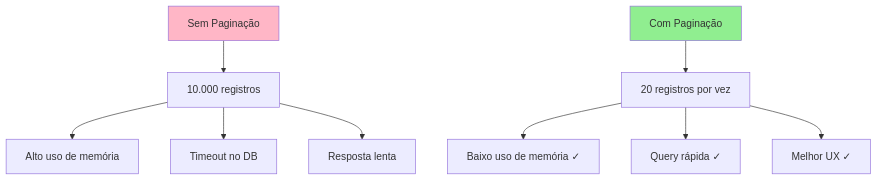
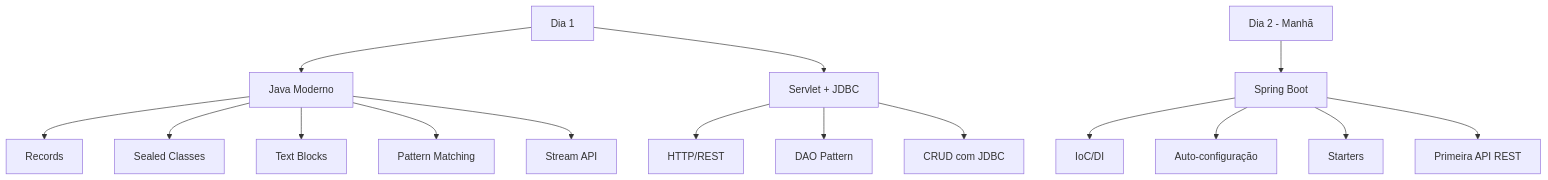
One commit to deusemarjunior/trein-java-intermed changed the first of 2 diagrams in dia-02/slide-09.md. Above: the diagram before and after it, drawn with Mermaid. The commit also changed other lines of this file and 89 other files, not shown here.

````diff
--- a/dia-02/slide-09.md
+++ b/dia-02/slide-09.md
@@ -9,15 +11,19 @@
 ```mermaid
-flowchart TD
-    A[Sem Paginação] --> B[10.000 registros]
-    B --> C[Alto uso de memória]
-    B --> D[Timeout no DB]
-    B --> E[Resposta lenta]
+graph TD
+    A[Dia 1] --> B[Java Moderno]
+    A --> C[Servlet + JDBC]
+    B --> D[Records]
+    B --> E[Sealed Classes]
+    B --> F[Text Blocks]
+    B --> G[Pattern Matching]
+    B --> H[Stream API]
+    C --> I[HTTP/REST]
+    C --> J[DAO Pattern]
+    C --> K[CRUD com JDBC]
     
-    F[Com Paginação] --> G[20 registros por vez]
-    G --> H["Baixo uso de memória ✓"]
-    G --> I["Query rápida ✓"]
-    G --> J["Melhor UX ✓"]
-    
-    style F fill:#90EE90
-    style A fill:#FFB6C6
+    L[Dia 2 - Manhã] --> M[Spring Boot]
+    M --> N[IoC/DI]
+    M --> O[Auto-configuração]
+    M --> P[Starters]
+    M --> Q[Primeira API REST]
 ```
````
